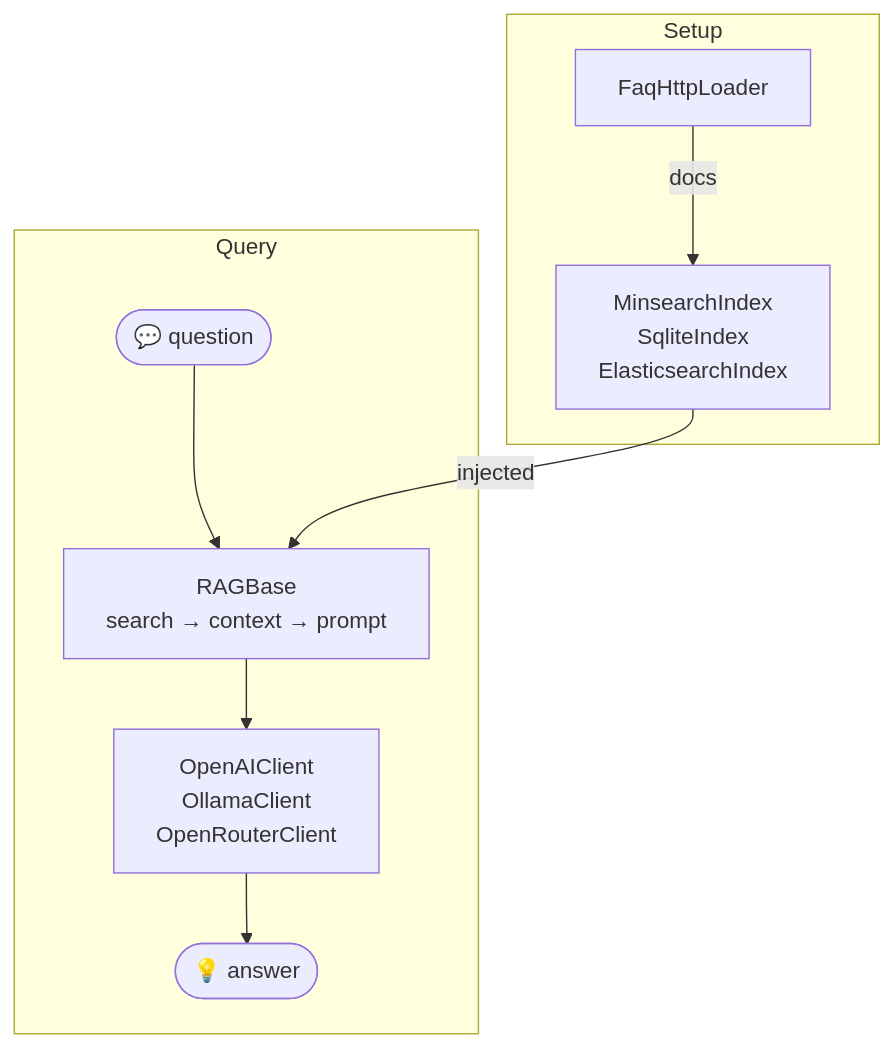
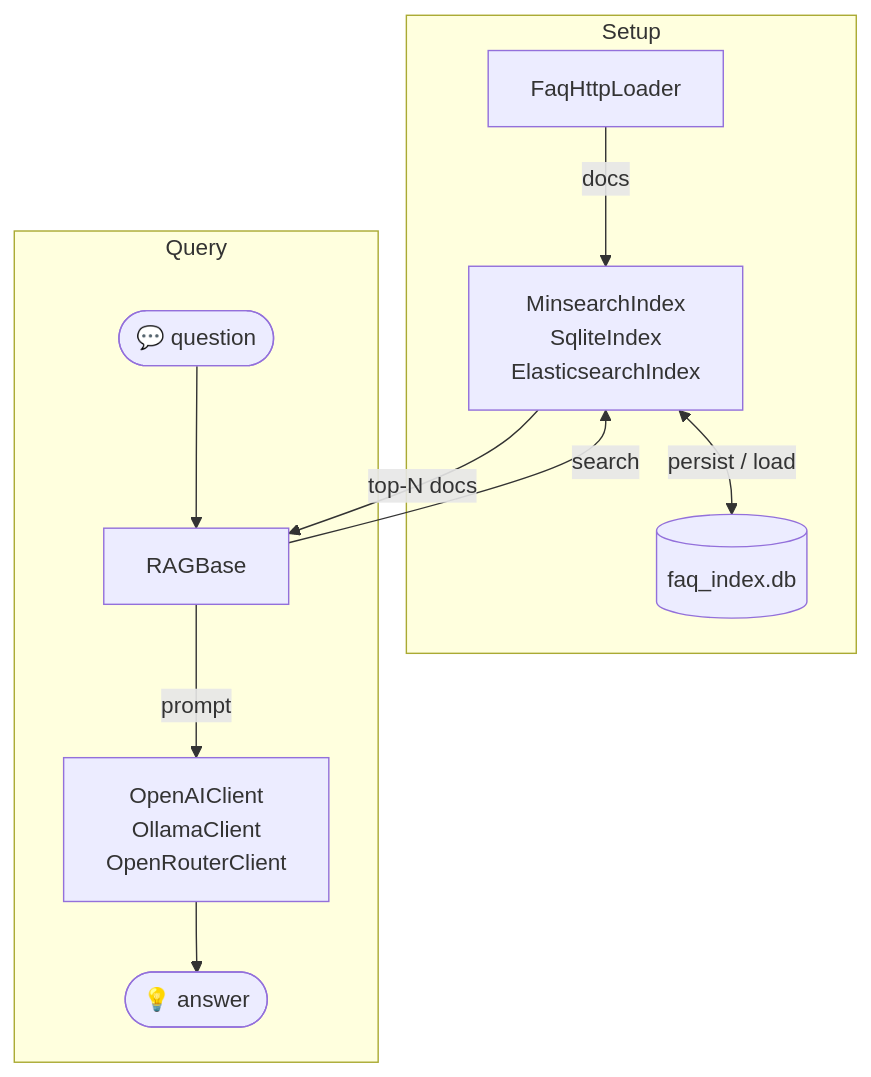
One commit to vadimvvlasov/rag-app-with-llms changed the diagram in README.md. Above: the diagram before and after it, drawn with Mermaid.

Commit message:
docs(README): clarify RAG architecture diagram with explicit data flow
- Add database persistence connection between index and storage layer
- Simplify RAG component label to focus on core responsibility
- Make search and context injection flow explicit with directional arrows
- Reorganize query subgraph to show clear data flow: question → search → context → prompt → answer
- Remove redundant connection notation for improved diagram readability
- Better illustrate how SearchIndex protocol abstracts backend implementations

````diff
--- a/README.md
+++ b/README.md
@@ -7,14 +7,15 @@
 ```mermaid
 flowchart TD
     subgraph Setup
         FL["FaqHttpLoader"] -->|docs| IDX["MinsearchIndex\nSqliteIndex\nElasticsearchIndex"]
+        IDX <-->|persist / load| DB[("faq_index.db")]
     end
 
     subgraph Query
-        Q(["💬 question"]) --> RAG["RAGBase\nsearch → context → prompt"]
-        RAG --> LLM["OpenAIClient\nOllamaClient\nOpenRouterClient"]
+        Q(["💬 question"]) --> RAG["RAGBase"]
+        RAG -->|search| IDX
+        IDX -->|top-N docs| RAG
+        RAG -->|prompt| LLM["OpenAIClient\nOllamaClient\nOpenRouterClient"]
         LLM --> A(["💡 answer"])
     end
-
-    IDX -->|injected| RAG
 ```
````
